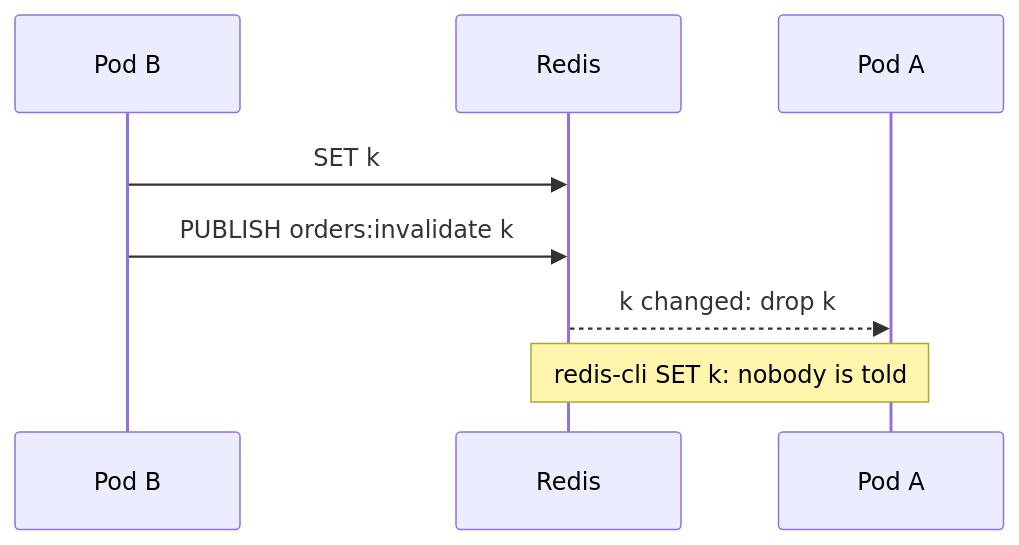
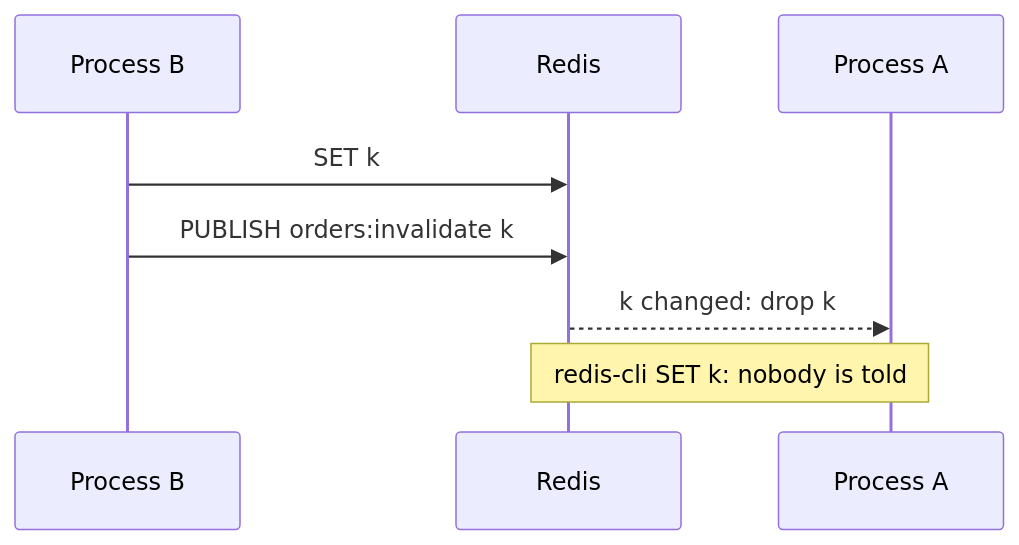
Before and after one commit to eugeneliukindev/gashe: the second of 3 diagrams in docs/en/concepts/backends.md, drawn with Mermaid. The commit also changed other lines of this file and 119 other files, not shown here.

````diff
--- a/docs/en/concepts/backends.md
+++ b/docs/en/concepts/backends.md
@@ -119,10 +161,10 @@
 ```mermaid
 sequenceDiagram
-    participant B as Pod B
+    participant B as Process B
     participant R as Redis
-    participant A as Pod A
+    participant A as Process A
     B->>R: SET k
     B->>R: PUBLISH orders:invalidate k
     R-->>A: k changed: drop k
     Note over R,A: redis-cli SET k: nobody is told
 ```
````
